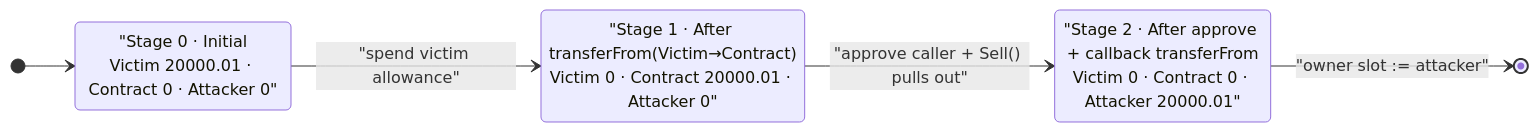
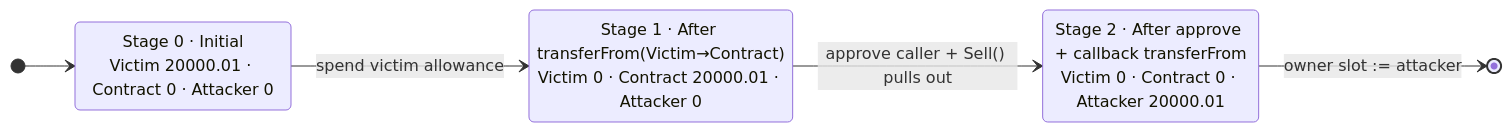
Before and after one commit to sanbir/evm-hack-registry: the third of 3 diagrams in 2023-06-Contract_0x7657_exp/Contract_0x7657_exp.md, drawn with Mermaid. The commit also changed 280 other files, not shown here.

Commit message:
mermaid fixes

````diff
--- a/2023-06-Contract_0x7657_exp/Contract_0x7657_exp.md
+++ b/2023-06-Contract_0x7657_exp/Contract_0x7657_exp.md
@@ -288,11 +288,11 @@
 ```mermaid
 stateDiagram-v2
     direction LR
     [*] --> S0
-    S0: "Stage 0 · Initial<br/>Victim 20000.01 · Contract 0 · Attacker 0"
-    S1: "Stage 1 · After transferFrom(Victim→Contract)<br/>Victim 0 · Contract 20000.01 · Attacker 0"
-    S2: "Stage 2 · After approve + callback transferFrom<br/>Victim 0 · Contract 0 · Attacker 20000.01"
-    S0 --> S1: "spend victim allowance"
-    S1 --> S2: "approve caller + Sell() pulls out"
-    S2 --> [*]: "owner slot := attacker"
+    S0: Stage 0 · Initial<br/>Victim 20000.01 · Contract 0 · Attacker 0
+    S1: Stage 1 · After transferFrom(Victim→Contract)<br/>Victim 0 · Contract 20000.01 · Attacker 0
+    S2: Stage 2 · After approve + callback transferFrom<br/>Victim 0 · Contract 0 · Attacker 20000.01
+    S0 --> S1: spend victim allowance
+    S1 --> S2: approve caller + Sell() pulls out
+    S2 --> [*]: owner slot #58;= attacker
 ```
````
